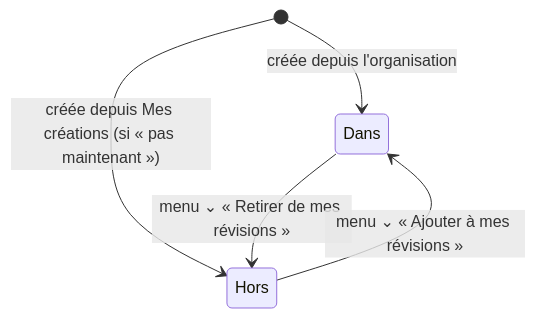
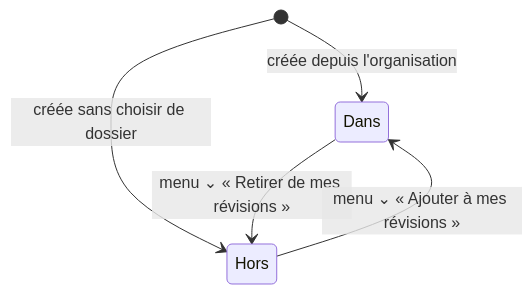
The diagram in docs/SPECIFICATION.md (tokophobe/Fiches), drawn with Mermaid before and after one commit. The commit also changed other lines of this file and 5 other files, not shown here.

First line of the commit message:
v254 : suppression de « Mes créations », filtre Publiées / Non publiées

````diff
--- a/docs/SPECIFICATION.md
+++ b/docs/SPECIFICATION.md
@@ -261,7 +261,7 @@
 ```mermaid
 stateDiagram-v2
     [*] --> Dans: créée depuis l'organisation
-    [*] --> Hors: créée depuis Mes créations (si « pas maintenant »)
+    [*] --> Hors: créée sans choisir de dossier
     Dans --> Hors: menu ⌄ « Retirer de mes révisions »
     Hors --> Dans: menu ⌄ « Ajouter à mes révisions »
 ```
````
